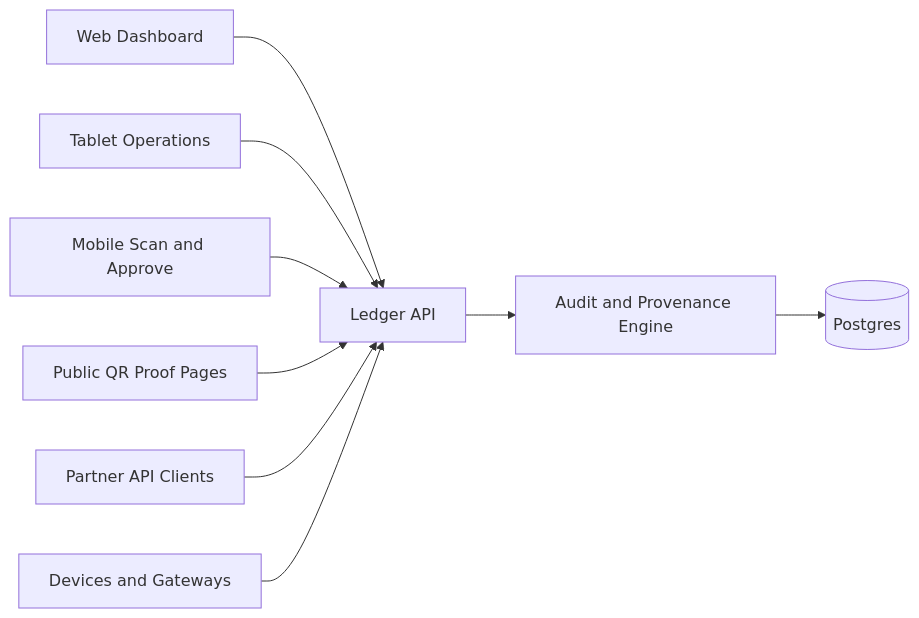
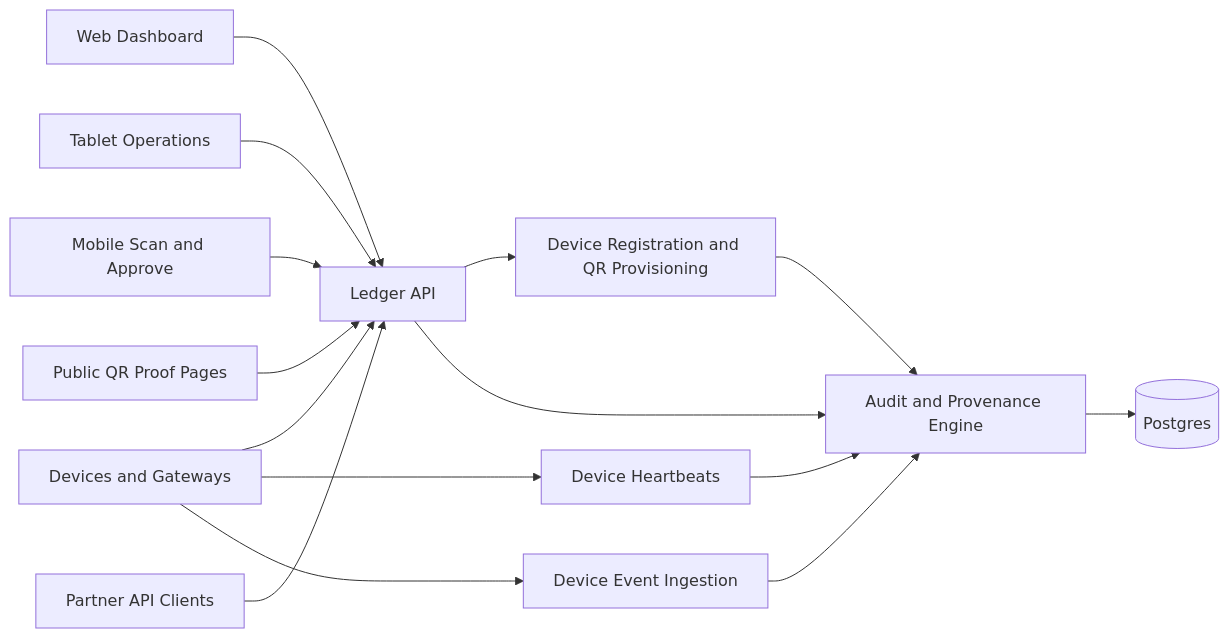
One commit to JeffreySanford/true-north-ledger changed the diagram in README.md. Above: the diagram before and after it, drawn with Mermaid. The commit also changed other lines of this file and 57 other files, not shown here.

````diff
--- a/README.md
+++ b/README.md
@@ -55,22 +55,31 @@
 ```mermaid
 flowchart LR
   web[Web Dashboard]
   tablet[Tablet Operations]
   mobile[Mobile Scan and Approve]
   proof[Public QR Proof Pages]
   partner[Partner API Clients]
   device[Devices and Gateways]
 
   api[Ledger API]
+  register[Device Registration and QR Provisioning]
+  heartbeat[Device Heartbeats]
+  events[Device Event Ingestion]
   ledger[Audit and Provenance Engine]
   db[(Postgres)]
 
   web --> api
   tablet --> api
   mobile --> api
   proof --> api
   partner --> api
   device --> api
+  api --> register
+  device --> heartbeat
+  device --> events
+  register --> ledger
+  heartbeat --> ledger
+  events --> ledger
   api --> ledger
   ledger --> db
 ```
````
